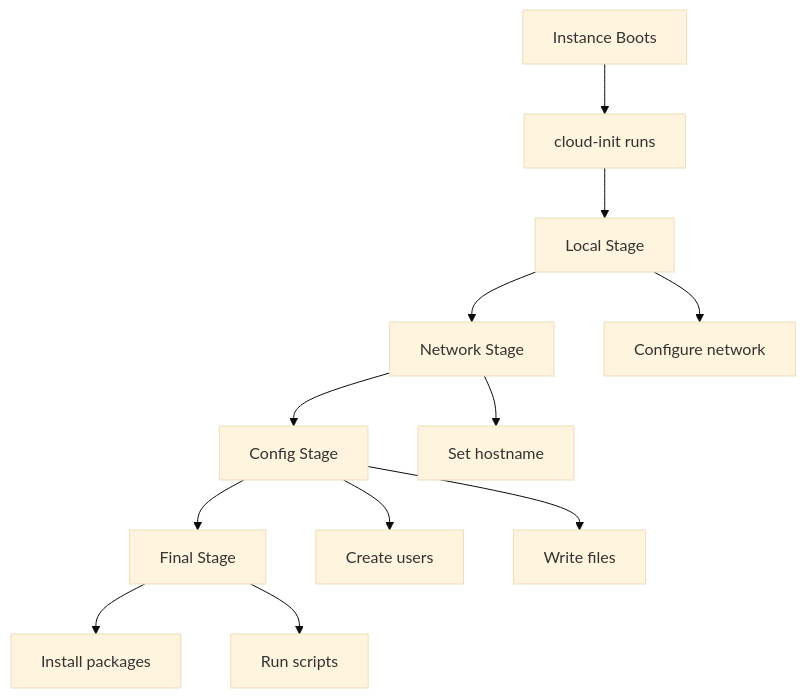
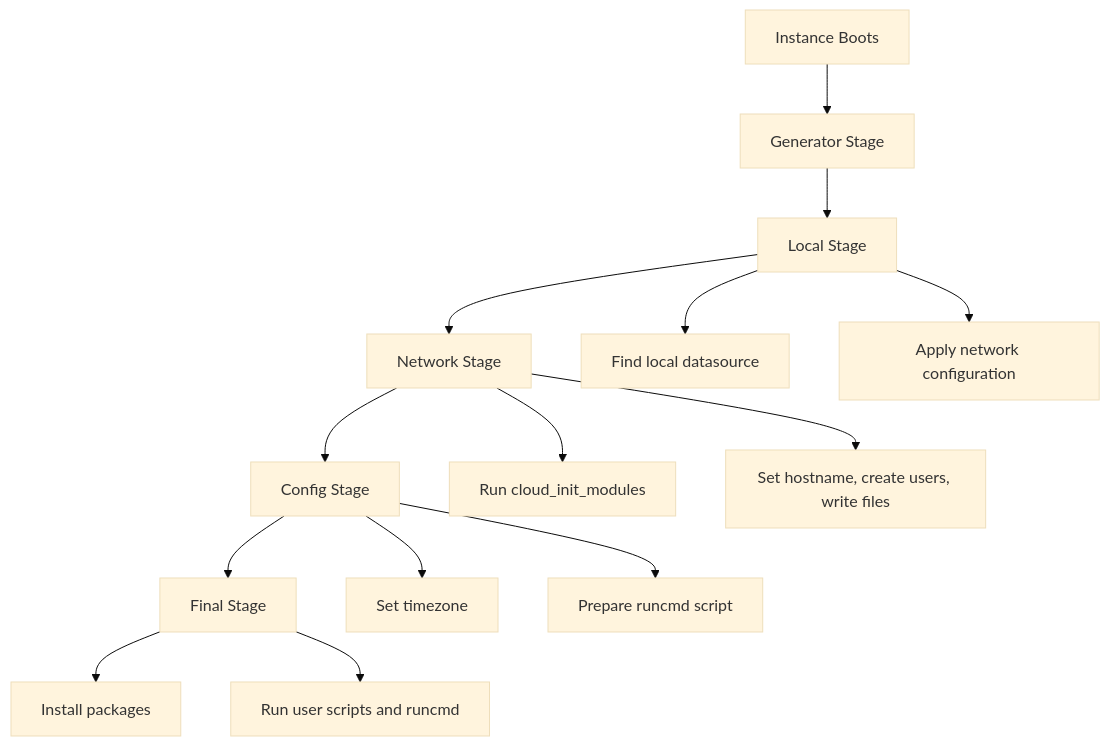
Before and after one commit to OneUptime/blog: the diagram in posts/2026-03-04-use-cloud-init-configure-rhel-9-first-boot/README.md, drawn with Mermaid (base theme). The commit also changed 2 other files, not shown here.

Commit message:
validate: 2026-03-04-use-cloud-init-configure-rhel-9-first-boot

````diff
--- a/posts/2026-03-04-use-cloud-init-configure-rhel-9-first-boot/README.md
+++ b/posts/2026-03-04-use-cloud-init-configure-rhel-9-first-boot/README.md
@@ -15,14 +15,16 @@
 ```mermaid
 graph TB
-    A[Instance Boots] --> B[cloud-init runs]
+    A[Instance Boots] --> B[Generator Stage]
     B --> C[Local Stage]
     C --> D[Network Stage]
     D --> E[Config Stage]
     E --> F[Final Stage]
-    C --> C1[Configure network]
-    D --> D1[Set hostname]
-    E --> E1[Create users]
-    E --> E2[Write files]
+    C --> C1[Find local datasource]
+    C --> C2[Apply network configuration]
+    D --> D1[Run cloud_init_modules]
+    D --> D2[Set hostname, create users, write files]
+    E --> E1[Set timezone]
+    E --> E2[Prepare runcmd script]
     F --> F1[Install packages]
-    F --> F2[Run scripts]
+    F --> F2[Run user scripts and runcmd]
 ```
````
